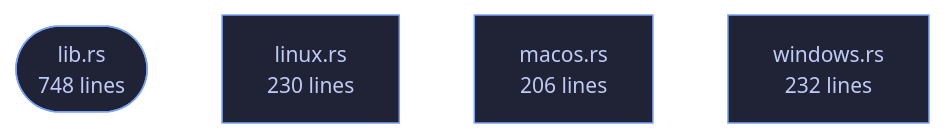
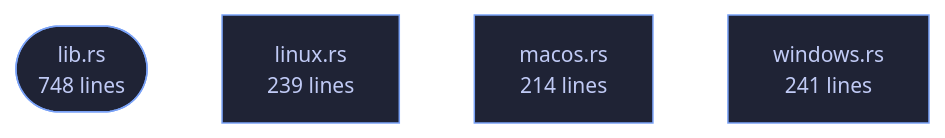
Before and after one commit to tilas01/veilvoice: the diagram in wiki/Crate-veilvoice-drivers.md, drawn with Mermaid. The commit also changed other lines of this file and 487 other files, not shown here.

````diff
--- a/wiki/Crate-veilvoice-drivers.md
+++ b/wiki/Crate-veilvoice-drivers.md
@@ -92,12 +92,12 @@
 ```mermaid
 %%{init: {"theme":"base","themeVariables":{"background":"#1a1b26","primaryColor":"#1f2335","primaryTextColor":"#c0caf5","primaryBorderColor":"#7aa2f7","secondaryColor":"#16161e","tertiaryColor":"#16161e","lineColor":"#737aa2","textColor":"#c0caf5","mainBkg":"#1f2335","nodeBorder":"#7aa2f7","clusterBkg":"#16161e","clusterBorder":"#2f3549","fontFamily":"ui-monospace, SFMono-Regular, Consolas, monospace","fontSize":"14px"}}}%%
 flowchart TD
     n_lib(["lib.rs<br/>748 lines"])
-    n_linux["linux.rs<br/>230 lines"]
-    n_macos["macos.rs<br/>206 lines"]
-    n_windows["windows.rs<br/>232 lines"]
+    n_linux["linux.rs<br/>239 lines"]
+    n_macos["macos.rs<br/>214 lines"]
+    n_windows["windows.rs<br/>241 lines"]
     click n_lib href "https://github.com/tilas01/veilvoice/blob/main/crates/veilvoice-drivers/src/lib.rs" "open the source"
     click n_linux href "https://github.com/tilas01/veilvoice/blob/main/crates/veilvoice-drivers/src/linux.rs" "open the source"
     click n_macos href "https://github.com/tilas01/veilvoice/blob/main/crates/veilvoice-drivers/src/macos.rs" "open the source"
     click n_windows href "https://github.com/tilas01/veilvoice/blob/main/crates/veilvoice-drivers/src/windows.rs" "open the source"
 ```
````
